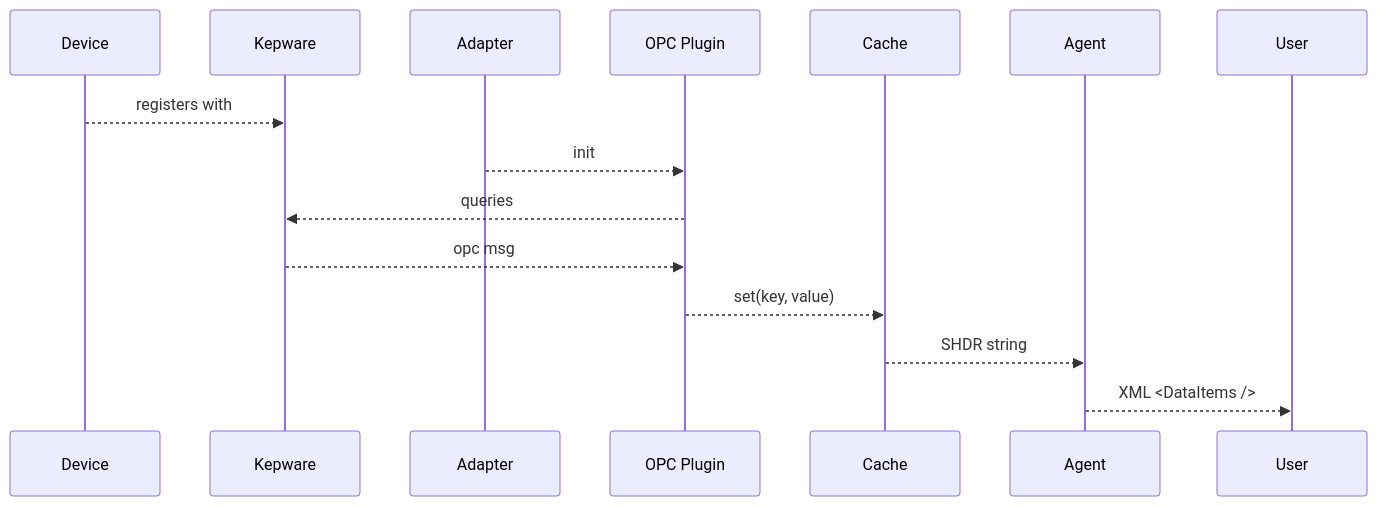
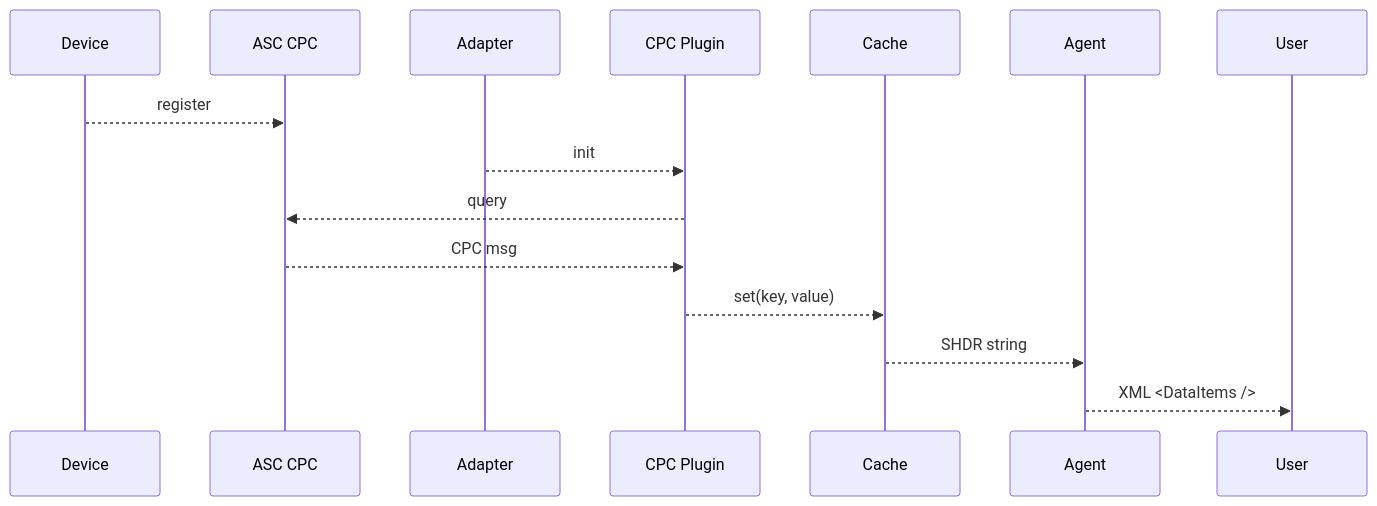
One commit to Ladder99/ladder99 changed the third of 3 diagrams in design/plugins.md. Above: the diagram before and after it, drawn with Mermaid. The commit also changed other lines of this file, not shown here.

````diff
--- a/design/plugins.md
+++ b/design/plugins.md
@@ -53,20 +56,20 @@
 ```mermaid
 sequenceDiagram
 
 participant device as Device
-participant kepware as Kepware
+participant server as ASC CPC
 participant adapter as Adapter
-participant plugin as OPC Plugin
+participant plugin as CPC Plugin
 participant cache as Cache
 participant agent as Agent
 participant user as User
 
-device -->> kepware: registers with
+device -->> server: register
 adapter -->> plugin: init
-plugin -->> kepware: queries
-kepware -->> plugin: opc msg
+plugin -->> server: query
+server -->> plugin: CPC msg
 plugin -->> cache: set(key, value)
 cache -->> agent: SHDR string
 agent -->> user: XML <DataItems />
 
 ```
````
